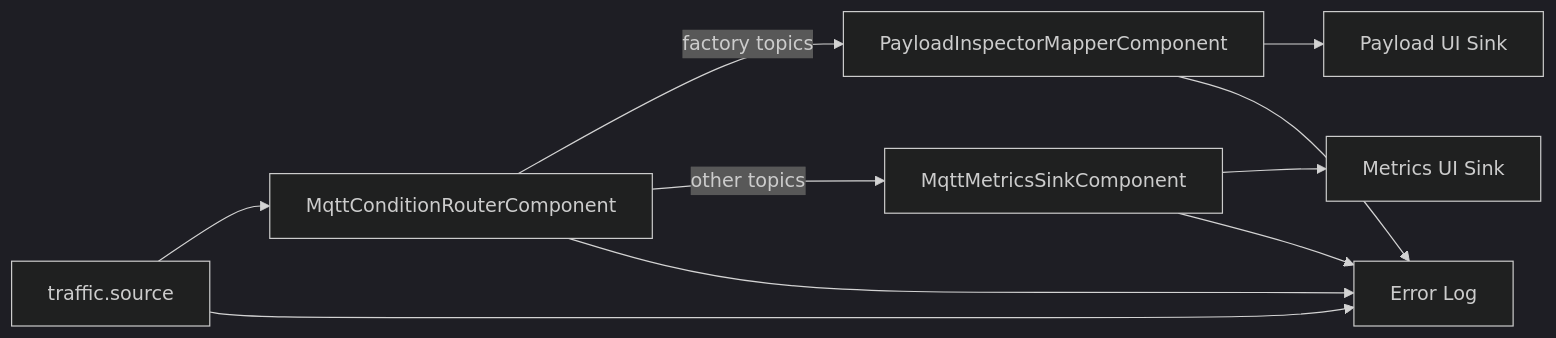
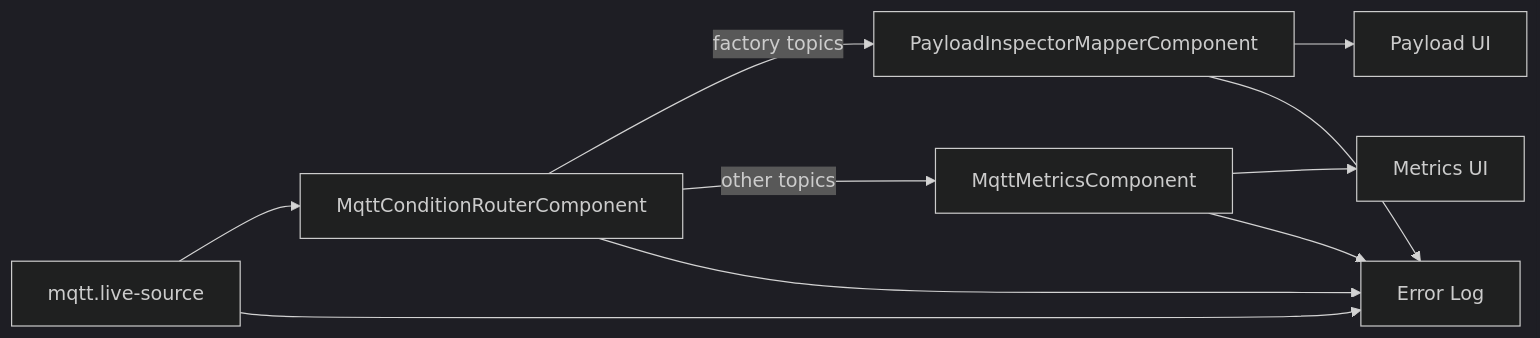
Before and after one commit to araxis/FluxMq: diagram 17 of 19 in docs/flow-components.md, drawn with Mermaid (dark theme). The commit also changed other lines of this file and 70 other files, not shown here.

First line of the commit message:
feat: improve live inspector UX — topic selection, search, pagination… (#57)

````diff
--- a/docs/flow-components.md
+++ b/docs/flow-components.md
@@ -575,12 +616,12 @@
 ```mermaid
 flowchart LR
-    Source["traffic.source"] --> Router["MqttConditionRouterComponent"]
+    Source["mqtt.live-source"] --> Router["MqttConditionRouterComponent"]
     Router -->|factory topics| Inspector["PayloadInspectorMapperComponent"]
-    Router -->|other topics| Metrics["MqttMetricsSinkComponent"]
-    Inspector --> Ui["Payload UI Sink"]
-    Metrics --> MetricsUi["Metrics UI Sink"]
+    Router -->|other topics| Metrics["MqttMetricsComponent"]
+    Inspector --> Ui["Payload UI"]
+    Metrics --> MetricsUi["Metrics UI"]
     Source --> ErrorLog["Error Log"]
     Router --> ErrorLog
     Inspector --> ErrorLog
     Metrics --> ErrorLog
 ```
````
